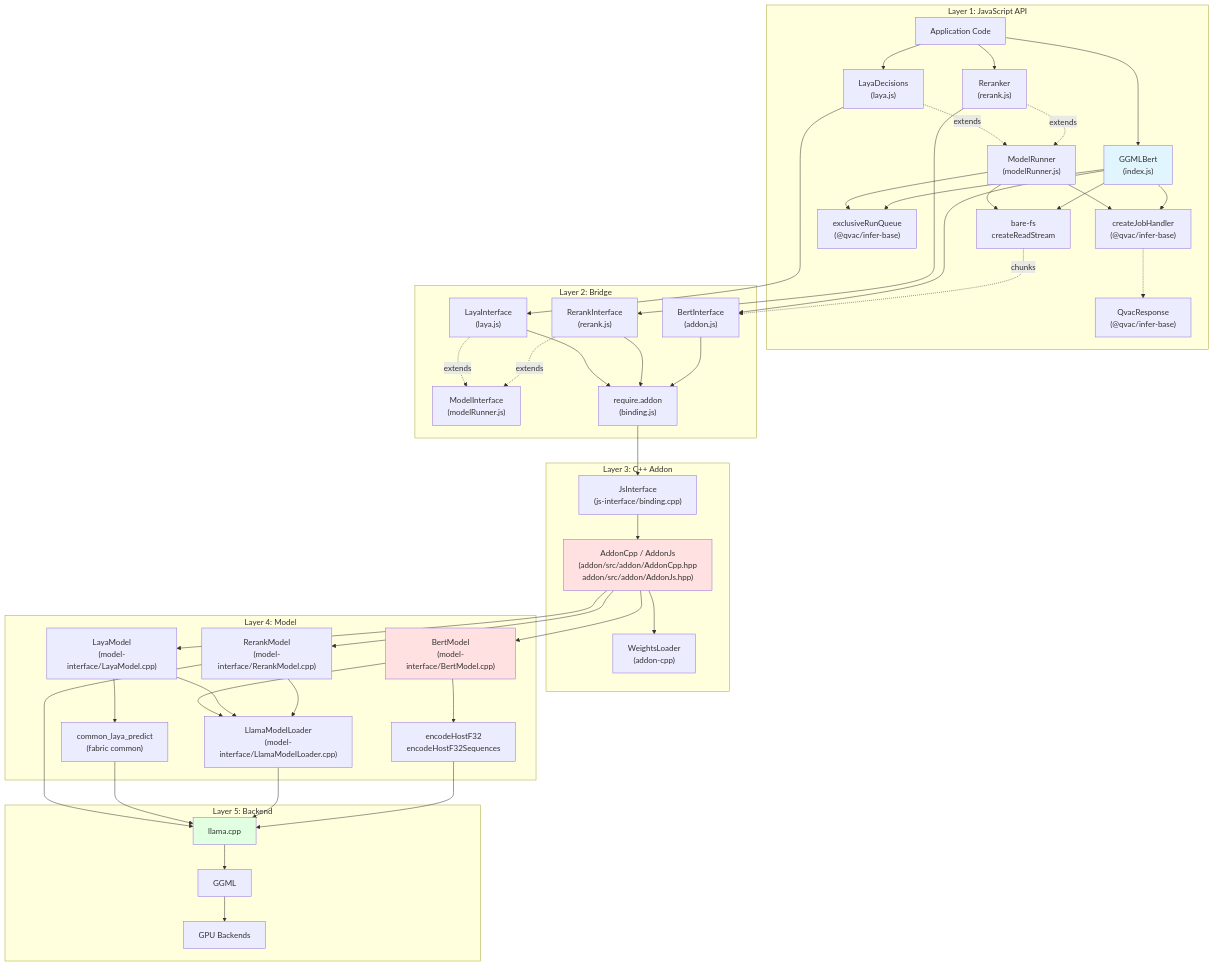
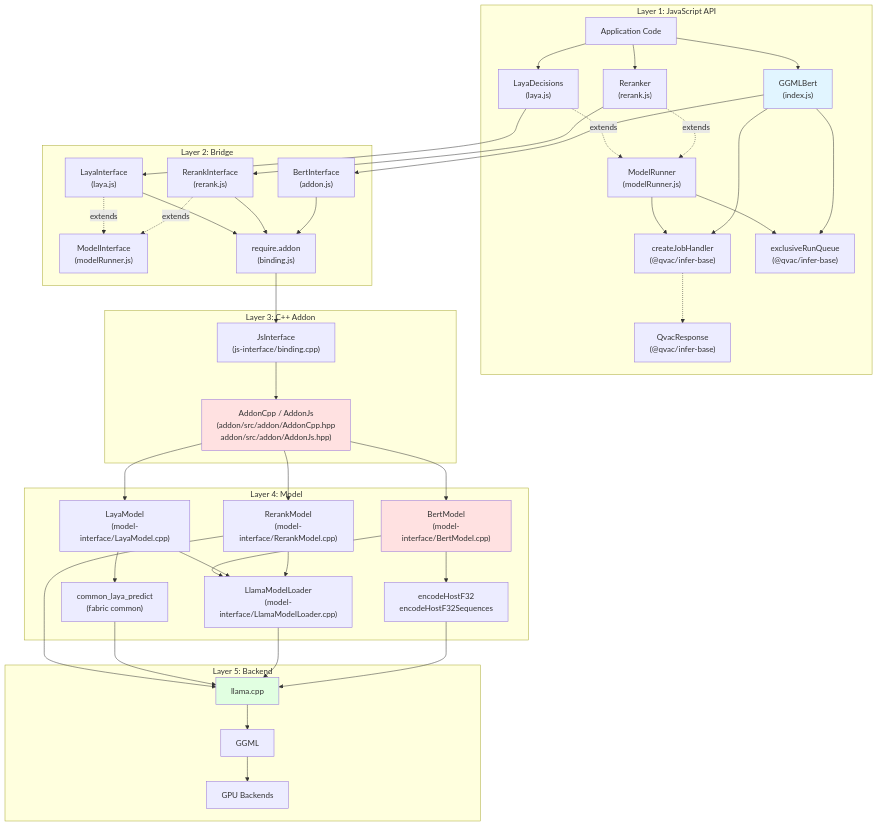
Before and after one commit to tetherto/qvac: the third of 4 diagrams in packages/embed-llamacpp/docs/architecture.md, drawn with Mermaid. The commit also changed other lines of this file and 64 other files, not shown here.

```diff
--- a/packages/embed-llamacpp/docs/architecture.md
+++ b/packages/embed-llamacpp/docs/architecture.md
@@ -257,7 +257,6 @@
         JOB["createJobHandler<br/>(@qvac/infer-base)"]
         QUEUE["exclusiveRunQueue<br/>(@qvac/infer-base)"]
         RESPONSE["QvacResponse<br/>(@qvac/infer-base)"]
-        BAREFS["bare-fs<br/>createReadStream"]
     end
 
     subgraph "Layer 2: Bridge"
@@ -271,7 +270,6 @@
     subgraph "Layer 3: C++ Addon"
         JSINTERFACE["JsInterface<br/>(js-interface/binding.cpp)"]
         ADDON["AddonCpp / AddonJs<br/>(addon/src/addon/AddonCpp.hpp<br/>addon/src/addon/AddonJs.hpp)"]
-        WEIGHTSLOAD["WeightsLoader<br/>(addon-cpp)"]
     end
 
     subgraph "Layer 4: Model"
@@ -302,19 +300,15 @@
     RERANKIF -. extends .-> MODELIF
     MODELRUNNER --> JOB
     MODELRUNNER --> QUEUE
-    MODELRUNNER --> BAREFS
     BERTCLASS --> JOB
     BERTCLASS --> QUEUE
     BERTCLASS --> BERTIF
-    BERTCLASS --> BAREFS
     JOB -.-> RESPONSE
 
     BERTIF --> BINDING
     BINDING --> JSINTERFACE
-    BAREFS -. chunks .-> BERTIF
 
     JSINTERFACE --> ADDON
-    ADDON --> WEIGHTSLOAD
     ADDON --> BERTMODEL
     ADDON --> LAYAMODEL
     ADDON --> RERANKMODEL
```
